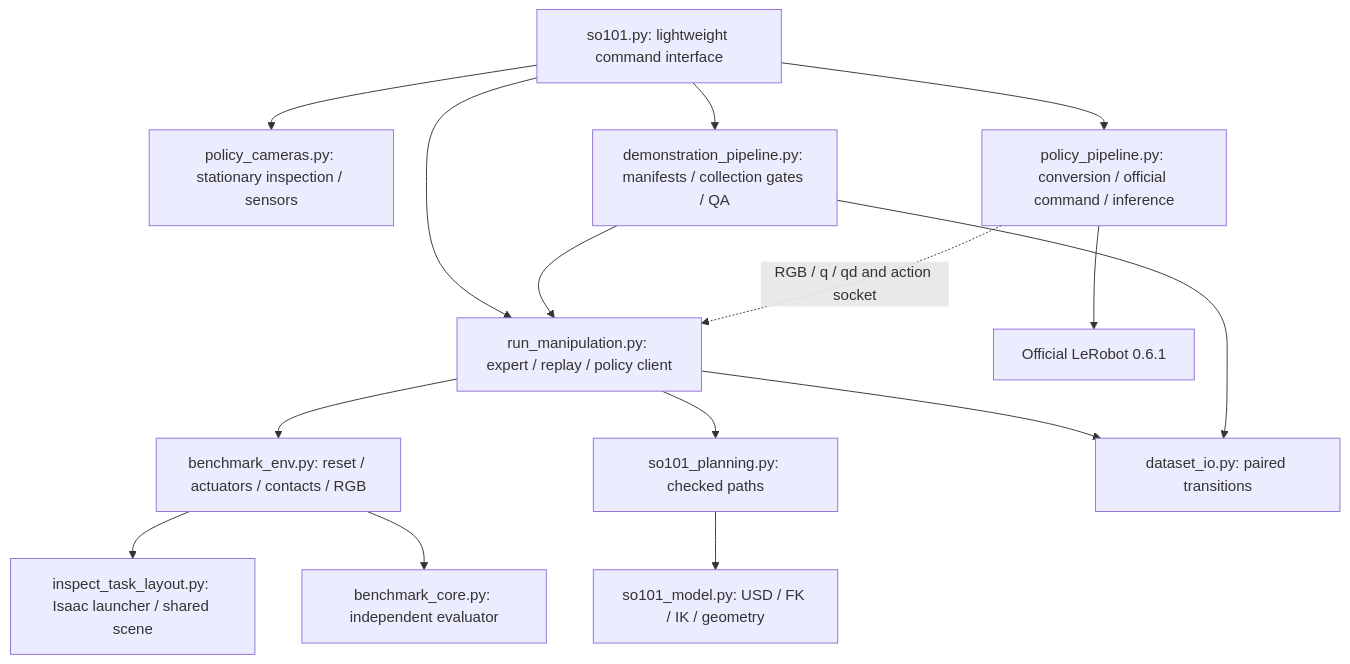
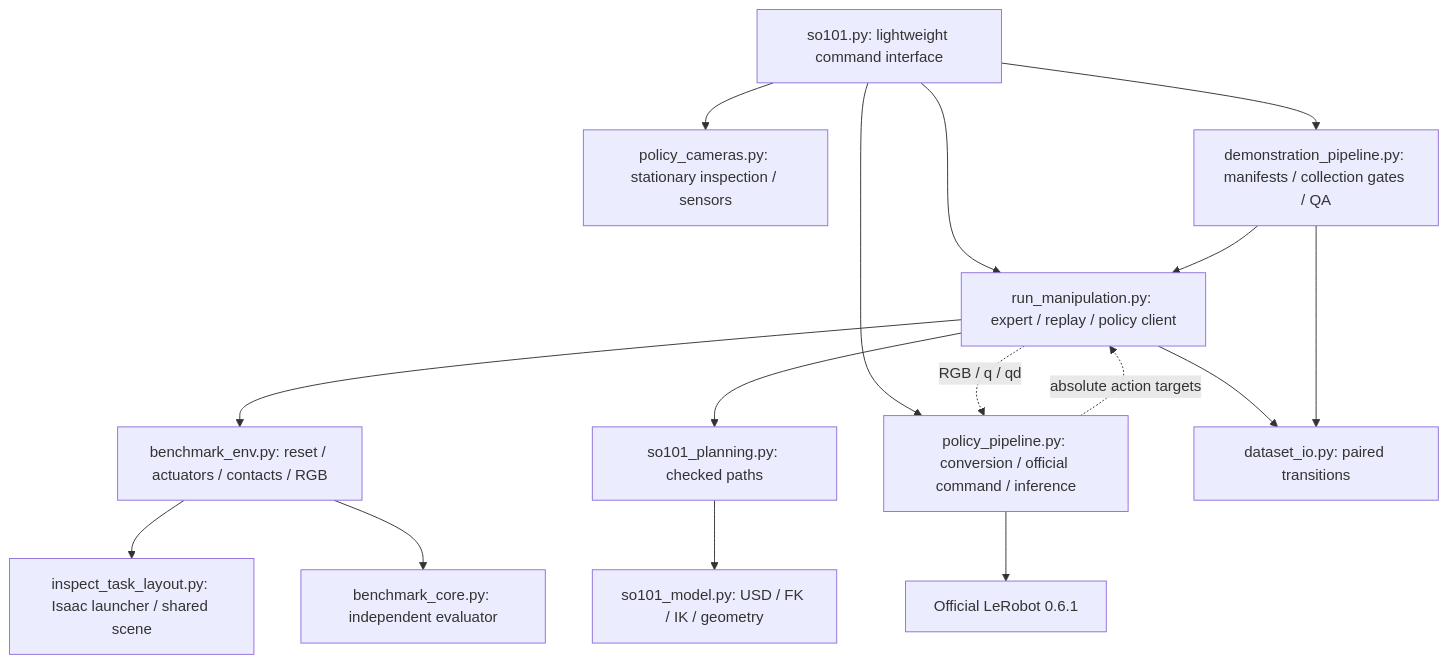
The diagram in docs/ARCHITECTURE.md (rynem89/bimanual-so101-benchmark), drawn with Mermaid before and after one commit. The commit also changed 4 other files, not shown here.

````diff
--- a/docs/ARCHITECTURE.md
+++ b/docs/ARCHITECTURE.md
@@ -7,17 +7,18 @@
 ```mermaid
 flowchart TD
     CLI[so101.py: lightweight command interface] --> Expert[run_manipulation.py: expert / replay / policy client]
     CLI --> Cameras[policy_cameras.py: stationary inspection / sensors]
     CLI --> Data[demonstration_pipeline.py: manifests / collection gates / QA]
     CLI --> Learning[policy_pipeline.py: conversion / official command / inference]
     Expert --> Env[benchmark_env.py: reset / actuators / contacts / RGB]
     Expert --> Planner[so101_planning.py: checked paths]
     Planner --> Model[so101_model.py: USD / FK / IK / geometry]
     Env --> Layout[inspect_task_layout.py: Isaac launcher / shared scene]
     Env --> Eval[benchmark_core.py: independent evaluator]
     Expert --> Recorder[dataset_io.py: paired transitions]
     Data --> Expert
     Data --> Recorder
     Learning --> LeRobot[Official LeRobot 0.6.1]
-    Learning -. RGB / q / qd and action socket .-> Expert
+    Expert -. RGB / q / qd .-> Learning
+    Learning -. absolute action targets .-> Expert
 ```
````
